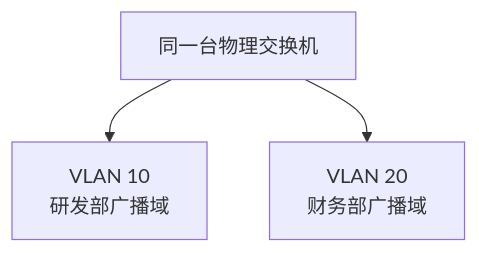
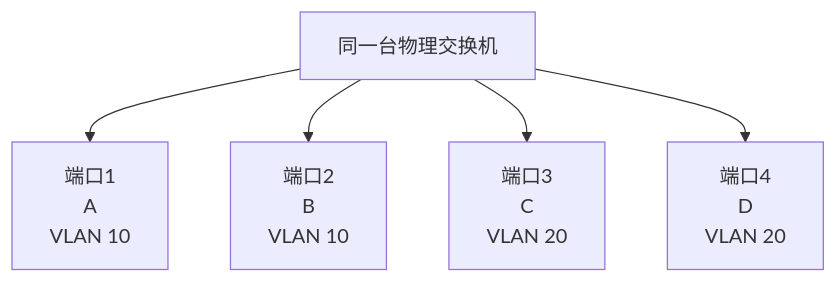
Before and after one commit to 74262195/system-architect-notes: the first of 2 diagrams in 01_综合知识/01_计算机系统基础知识/03_计算机网络/04_局域网与二层技术/VLAN与广播域.md, drawn with Mermaid. The commit also changed other lines of this file, not shown here.

Commit message:
docs: complete VLAN segmentation flow

````diff
--- a/01_综合知识/01_计算机系统基础知识/03_计算机网络/04_局域网与二层技术/VLAN与广播域.md
+++ b/01_综合知识/01_计算机系统基础知识/03_计算机网络/04_局域网与二层技术/VLAN与广播域.md
@@ -60,6 +78,8 @@
 ```mermaid
 flowchart TB
     S[同一台物理交换机]
-    S --> V10[VLAN 10<br/>研发部广播域]
-    S --> V20[VLAN 20<br/>财务部广播域]
+    S --> A[端口1<br/>A<br/>VLAN 10]
+    S --> B[端口2<br/>B<br/>VLAN 10]
+    S --> C[端口3<br/>C<br/>VLAN 20]
+    S --> D[端口4<br/>D<br/>VLAN 20]
 ```
````
